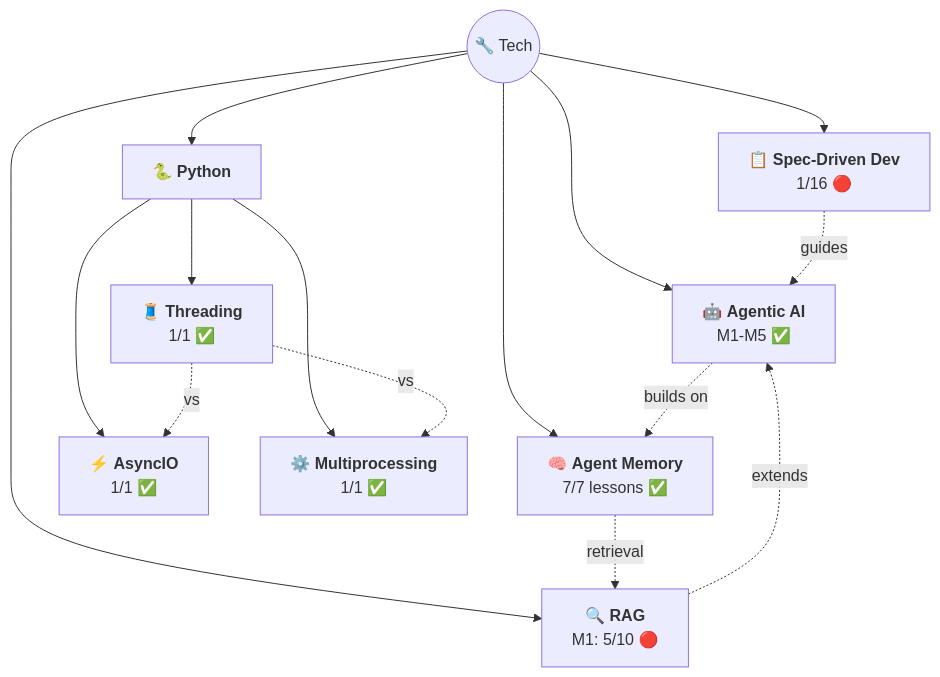
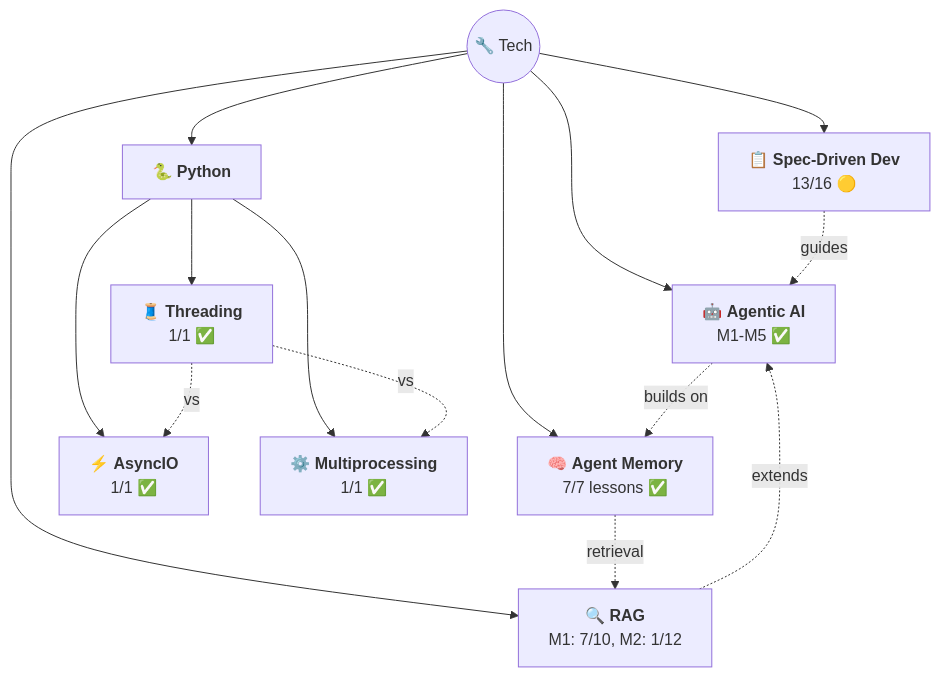
One commit to AyushSonuu/my-memory changed the diagram in _maps/tech.md. Above: the diagram before and after it, drawn with Mermaid. The commit also changed other lines of this file and 263 other files, not shown here.

Commit message:
🔄 full sync: maps, READMEs, nav, docs — corrected SDD 13/16, RAG 8/62, revision warnings

````diff
--- a/_maps/tech.md
+++ b/_maps/tech.md
@@ -5,18 +5,18 @@
 ```mermaid
 graph TB
     T(("🔧 Tech"))
     T --> AG["🤖 <b>Agentic AI</b><br/>M1-M5 ✅"]
     T --> AM["🧠 <b>Agent Memory</b><br/>7/7 lessons ✅"]
-    T --> RAG["🔍 <b>RAG</b><br/>M1: 5/10 🔴"]
+    T --> RAG["🔍 <b>RAG</b><br/>M1: 7/10, M2: 1/12"]
     T --> PY["🐍 <b>Python</b>"]
     PY --> AIO["⚡ <b>AsyncIO</b><br/>1/1 ✅"]
     PY --> THR["🧵 <b>Threading</b><br/>1/1 ✅"]
     PY --> MP["⚙️ <b>Multiprocessing</b><br/>1/1 ✅"]
     AG -.->|"builds on"| AM
     AM -.->|"retrieval"| RAG
     RAG -.->|"extends"| AG
-    T --> SDD["📋 <b>Spec-Driven Dev</b><br/>1/16 🔴"]
+    T --> SDD["📋 <b>Spec-Driven Dev</b><br/>13/16 🟡"]
     SDD -.->|"guides"| AG
     THR -.->|"vs"| AIO
     THR -.->|"vs"| MP
 ```
````
